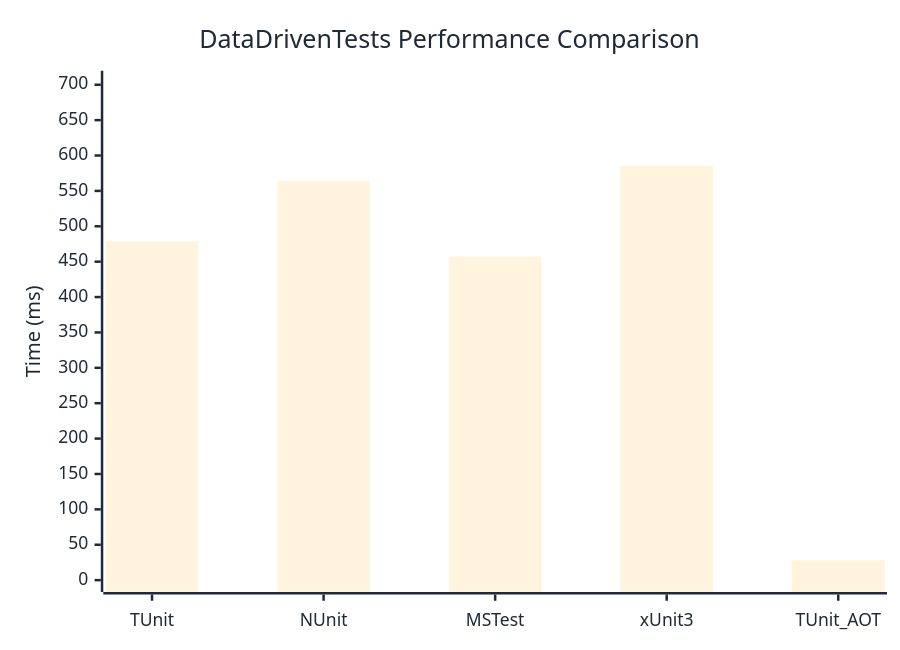
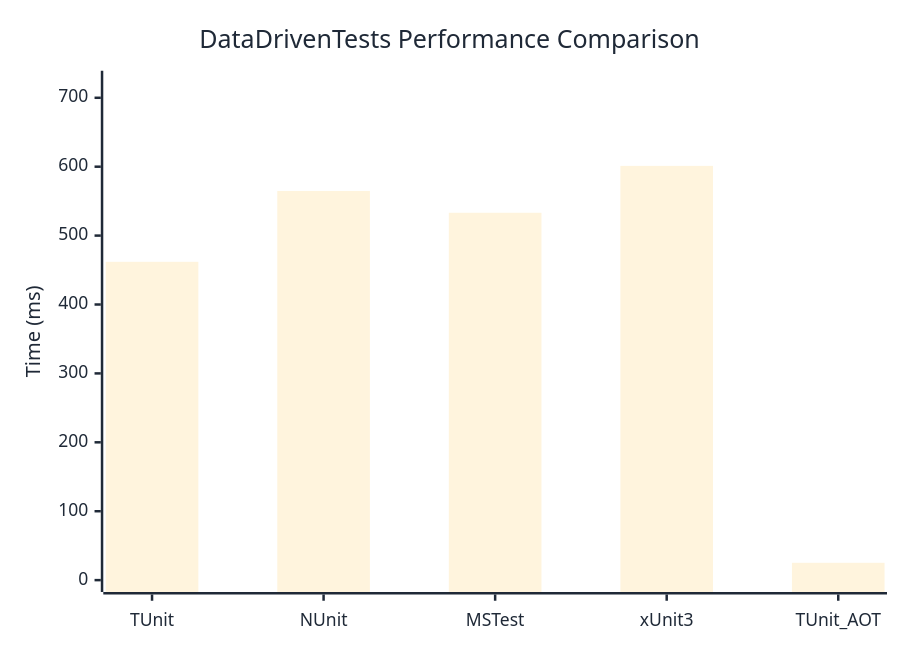
One commit to thomhurst/TUnit changed the diagram in docs/docs/benchmarks/DataDrivenTests.md. Above: the diagram before and after it, drawn with Mermaid. The commit also changed other lines of this file and 17 other files, not shown here.

````diff
--- a/docs/docs/benchmarks/DataDrivenTests.md
+++ b/docs/docs/benchmarks/DataDrivenTests.md
@@ -27,37 +27,37 @@
 ```mermaid
 %%{init: {
   'theme':'base',
   'themeVariables': {
     'primaryColor': '#2563eb',
     'primaryTextColor': '#1f2937',
     'primaryBorderColor': '#1e40af',
     'lineColor': '#6b7280',
     'secondaryColor': '#7c3aed',
     'tertiaryColor': '#dc2626',
     'background': '#ffffff',
     'mainBkg': '#2563eb',
     'secondBkg': '#7c3aed',
     'tertiaryBkg': '#dc2626',
     'clusterBkg': '#f3f4f6',
     'edgeLabelBackground': '#ffffff',
     'tertiaryTextColor': '#1f2937',
     'pie1': '#2563eb',
     'pie2': '#7c3aed',
     'pie3': '#dc2626',
     'pie4': '#f59e0b',
     'pie5': '#10b981',
     'pie6': '#06b6d4',
     'pie7': '#ec4899',
     'pie8': '#6366f1',
     'pie9': '#84cc16',
     'pie10': '#f97316',
     'pie11': '#14b8a6',
     'pie12': '#a855f7'
   }
 }}%%
 xychart-beta
   title "DataDrivenTests Performance Comparison"
   x-axis ["TUnit", "NUnit", "MSTest", "xUnit3", "TUnit_AOT"]
-  y-axis "Time (ms)" 0 --> 703
-  bar [478.94, 564.19, 457.35, 585.26, 27.98]
+  y-axis "Time (ms)" 0 --> 722
+  bar [461.94, 564.78, 533.15, 601.19, 25.17]
 ```
````
